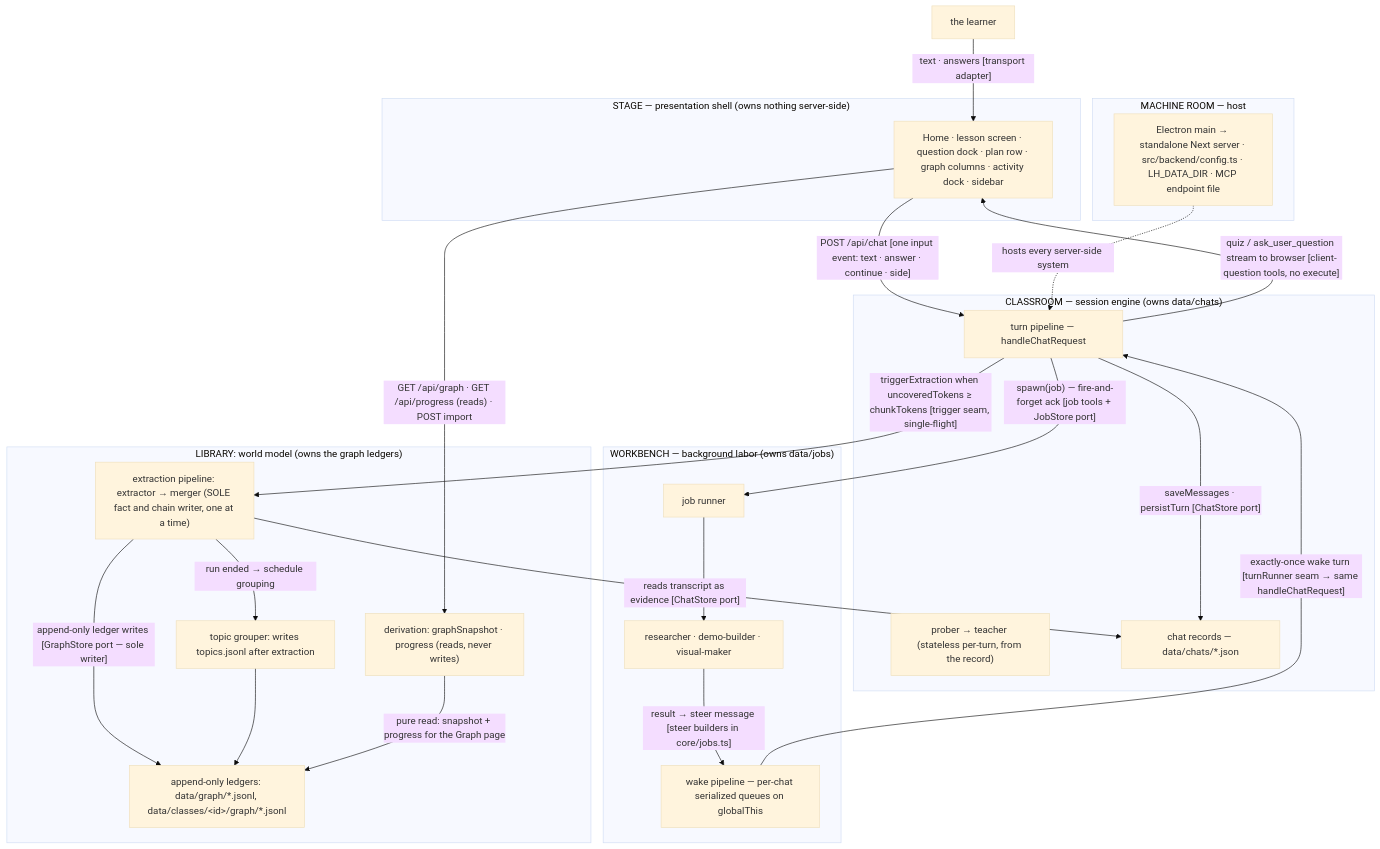
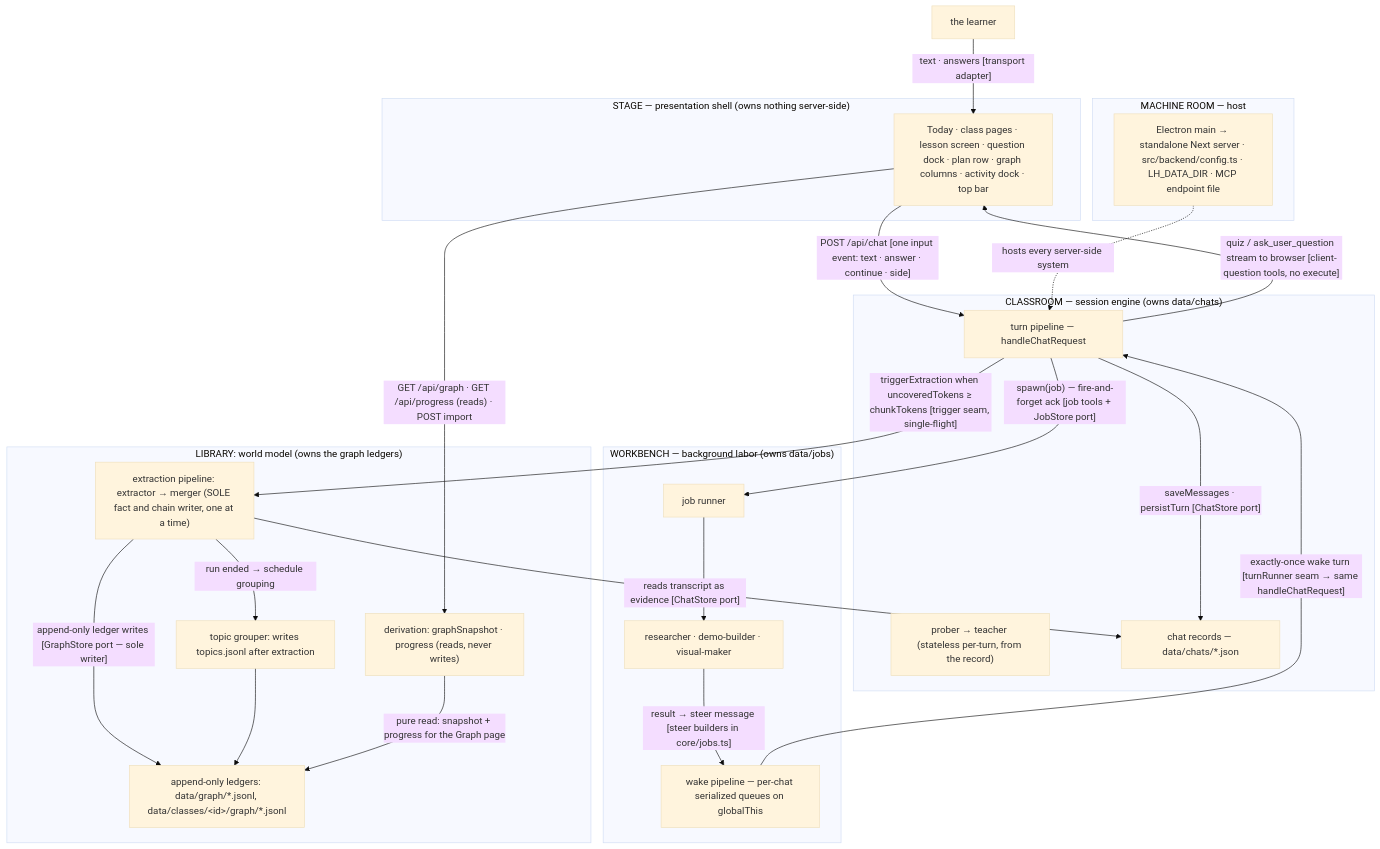
The third of 7 diagrams in docs/architecture.md (bayshores/godspeed), drawn with Mermaid (base theme) before and after one commit. The commit also changed other lines of this file and 36 other files, not shown here.

Commit message:
chore: the redesign is cleaned up, with unused styles and the resize handle's unused option removed, one shared look for dark bar buttons, comments and docs that name the top bar, Today and Progress instead of the sidebar, Home and Overview, and the built boards deleted from the design file

````diff
--- a/docs/architecture.md
+++ b/docs/architecture.md
@@ -216,48 +216,48 @@
 ```mermaid
 flowchart TB
     LEARNER["the learner"]
 
     subgraph STAGE["STAGE — presentation shell (owns nothing server-side)"]
-        UI["Home · lesson screen · question dock · plan row · graph columns · activity dock · sidebar"]
+        UI["Today · class pages · lesson screen · question dock · plan row · graph columns · activity dock · top bar"]
     end
 
     subgraph CLASSROOM["CLASSROOM — session engine (owns data/chats)"]
         TURN["turn pipeline — handleChatRequest"]
         AGENTS["prober → teacher (stateless per-turn, from the record)"]
         CHATDATA["chat records — data/chats/*.json"]
     end
 
     subgraph WORKBENCH["WORKBENCH — background labor (owns data/jobs)"]
         JOBRUN["job runner"]
         SUBAGENTS["researcher · demo-builder · visual-maker"]
         WAKE["wake pipeline — per-chat serialized queues on globalThis"]
     end
 
     subgraph LIBRARY["LIBRARY: world model (owns the graph ledgers)"]
         EXTRACT["extraction pipeline: extractor → merger (SOLE fact and chain writer, one at a time)"]
         TOPICS["topic grouper: writes topics.jsonl after extraction"]
         DERIVE["derivation: graphSnapshot · progress (reads, never writes)"]
         GRAPHDATA["append-only ledgers: data/graph/*.jsonl, data/classes/&lt;id&gt;/graph/*.jsonl"]
     end
 
     subgraph ROOM["MACHINE ROOM — host"]
         HOST["Electron main → standalone Next server · src/backend/config.ts · LH_DATA_DIR · MCP endpoint file"]
     end
 
     LEARNER -->|"text · answers [transport adapter]"| UI
     UI -->|"POST /api/chat [one input event: text · answer · continue · side]"| TURN
     TURN -->|"quiz / ask_user_question stream to browser [client-question tools, no execute]"| UI
     TURN -->|"saveMessages · persistTurn [ChatStore port]"| CHATDATA
     TURN -->|"spawn(job) — fire-and-forget ack [job tools + JobStore port]"| JOBRUN
     JOBRUN --> SUBAGENTS
     SUBAGENTS -->|"result → steer message [steer builders in core/jobs.ts]"| WAKE
     WAKE -->|"exactly-once wake turn [turnRunner seam → same handleChatRequest]"| TURN
     TURN -->|"triggerExtraction when uncoveredTokens ≥ chunkTokens [trigger seam, single-flight]"| EXTRACT
     EXTRACT -->|"reads transcript as evidence [ChatStore port]"| CHATDATA
     EXTRACT -->|"append-only ledger writes [GraphStore port — sole writer]"| GRAPHDATA
     EXTRACT -->|"run ended → schedule grouping"| TOPICS
     TOPICS --> GRAPHDATA
     DERIVE -->|"pure read: snapshot + progress for the Graph page"| GRAPHDATA
     UI -->|"GET /api/graph · GET /api/progress (reads) · POST import"| DERIVE
     HOST -.->|"hosts every server-side system"| TURN
 ```
````
